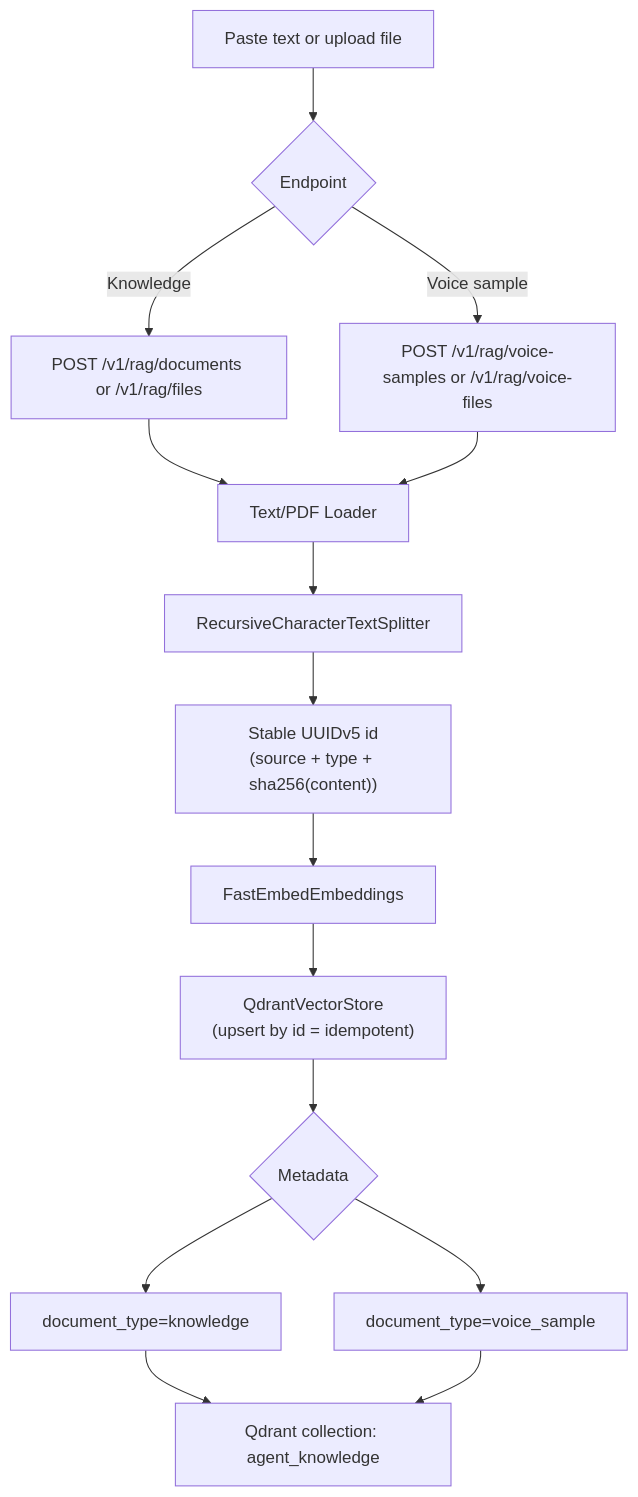
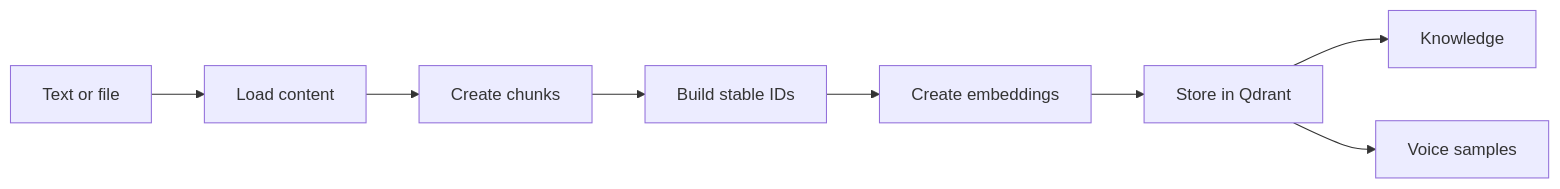
One commit to Anup-Chaurasiya/Resolve-AI---AI-Support-Operations-Platform- changed the third of 4 diagrams in docs/architecture-diagrams.md. Above: the diagram before and after it, drawn with Mermaid. The commit also changed other lines of this file and 48 other files, not shown here.

````diff
--- a/docs/architecture-diagrams.md
+++ b/docs/architecture-diagrams.md
@@ -121,22 +44,10 @@
 ```mermaid
-flowchart TD
-    Upload["Paste text or upload file"] --> Endpoint{"Endpoint"}
-
-    Endpoint -->|"Knowledge"| KnowledgeAPI["POST /v1/rag/documents or /v1/rag/files"]
-    Endpoint -->|"Voice sample"| VoiceAPI["POST /v1/rag/voice-samples or /v1/rag/voice-files"]
-
-    KnowledgeAPI --> Loader["Text/PDF Loader"]
-    VoiceAPI --> Loader
-
-    Loader --> Splitter["RecursiveCharacterTextSplitter"]
-    Splitter --> ChunkId["Stable UUIDv5 id\n(source + type + sha256(content))"]
-    ChunkId --> Embedder["FastEmbedEmbeddings"]
-    Embedder --> Store["QdrantVectorStore\n(upsert by id = idempotent)"]
-
-    Store --> Metadata{"Metadata"}
-    Metadata --> KnowledgeType["document_type=knowledge"]
-    Metadata --> VoiceType["document_type=voice_sample"]
-
-    KnowledgeType --> Collection["Qdrant collection: agent_knowledge"]
-    VoiceType --> Collection
+flowchart LR
+    Input["Text or file"] --> Load["Load content"]
+    Load --> Split["Create chunks"]
+    Split --> Hash["Build stable IDs"]
+    Hash --> Embed["Create embeddings"]
+    Embed --> Store["Store in Qdrant"]
+    Store --> Facts["Knowledge"]
+    Store --> Voice["Voice samples"]
 ```
````
